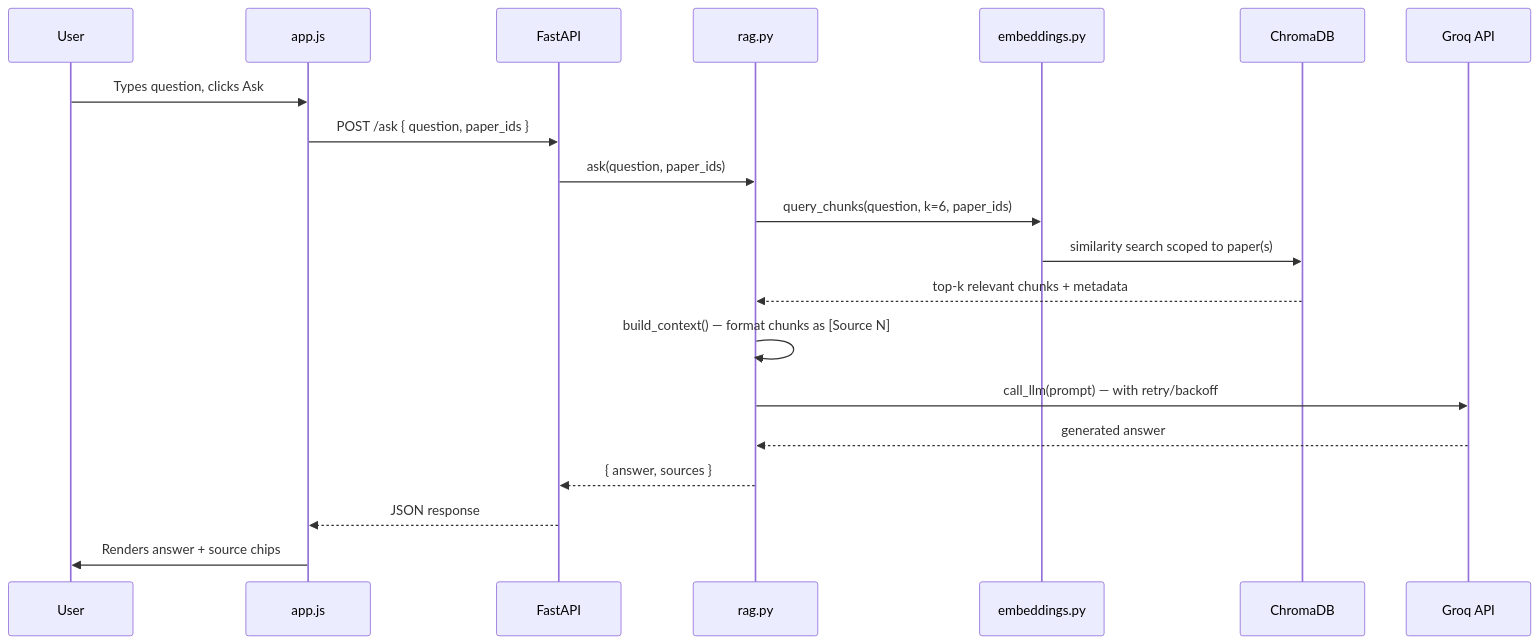
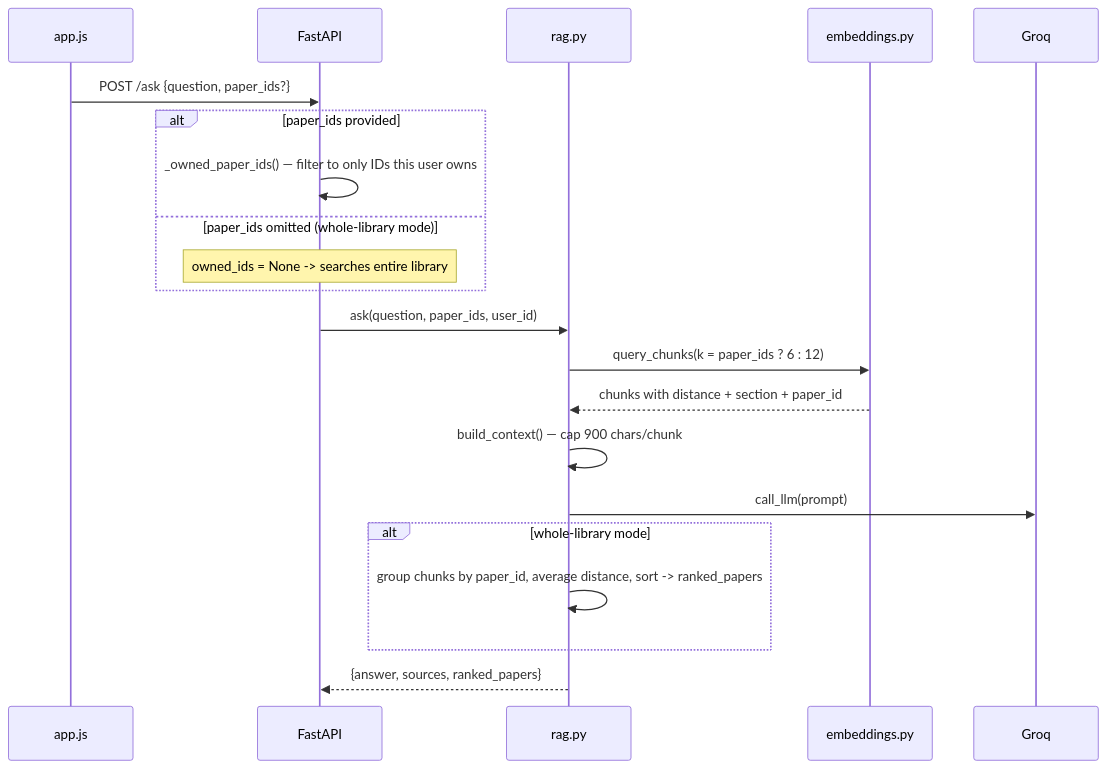
The fourth of 5 diagrams in README.md (MOSHO1133/Echo), drawn with Mermaid before and after one commit. The commit also changed other lines of this file, not shown here.

````diff
--- a/README.md
+++ b/README.md
@@ -187,23 +281,23 @@
 ```mermaid
 sequenceDiagram
-    participant User
-    participant Frontend as app.js
-    participant API as FastAPI
-    participant Rag as rag.py
-    participant Embed as embeddings.py
-    participant Chroma as ChromaDB
-    participant Groq as Groq API
-
-    User->>Frontend: Types question, clicks Ask
-    Frontend->>API: POST /ask { question, paper_ids }
-    API->>Rag: ask(question, paper_ids)
-    Rag->>Embed: query_chunks(question, k=6, paper_ids)
-    Embed->>Chroma: similarity search scoped to paper(s)
-    Chroma-->>Rag: top-k relevant chunks + metadata
-    Rag->>Rag: build_context() — format chunks as [Source N]
-    Rag->>Groq: call_llm(prompt) — with retry/backoff
-    Groq-->>Rag: generated answer
-    Rag-->>API: { answer, sources }
-    API-->>Frontend: JSON response
-    Frontend->>User: Renders answer + source chips
+    participant F as app.js
+    participant A as FastAPI
+    participant R as rag.py
+    participant E as embeddings.py
+    participant Gq as Groq
+    F->>A: POST /ask {question, paper_ids?}
+    alt paper_ids provided
+        A->>A: _owned_paper_ids() — filter to only IDs this user owns
+    else paper_ids omitted (whole-library mode)
+        Note over A: owned_ids = None -> searches entire library
+    end
+    A->>R: ask(question, paper_ids, user_id)
+    R->>E: query_chunks(k = paper_ids ? 6 : 12)
+    E-->>R: chunks with distance + section + paper_id
+    R->>R: build_context() — cap 900 chars/chunk
+    R->>Gq: call_llm(prompt)
+    alt whole-library mode
+        R->>R: group chunks by paper_id, average distance, sort -> ranked_papers
+    end
+    R-->>A: {answer, sources, ranked_papers}
 ```
````
